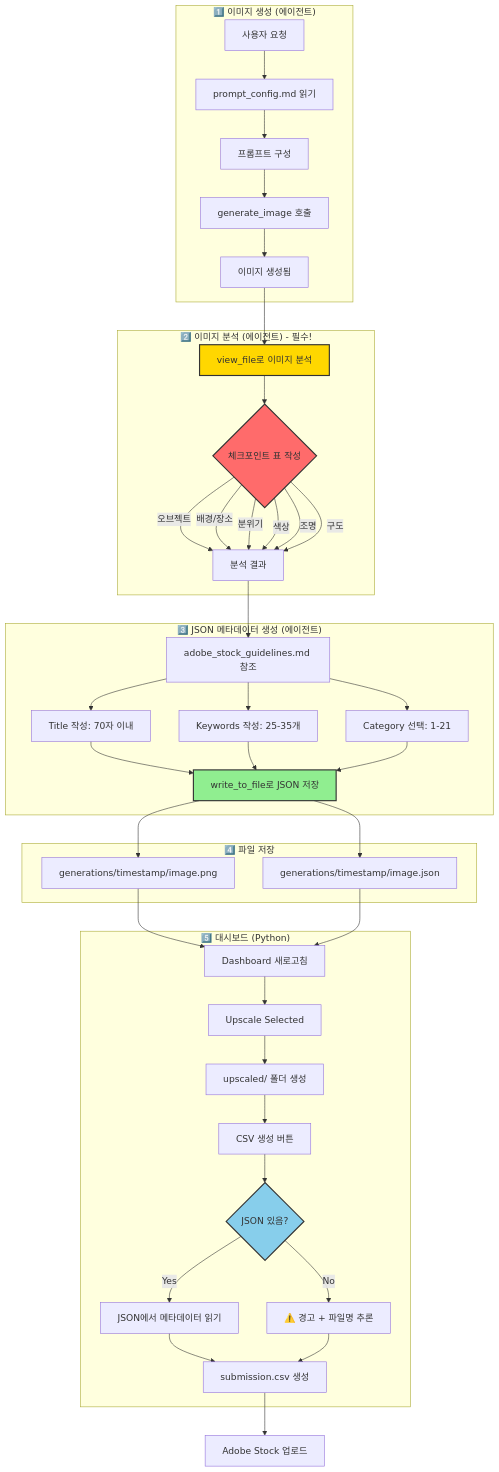
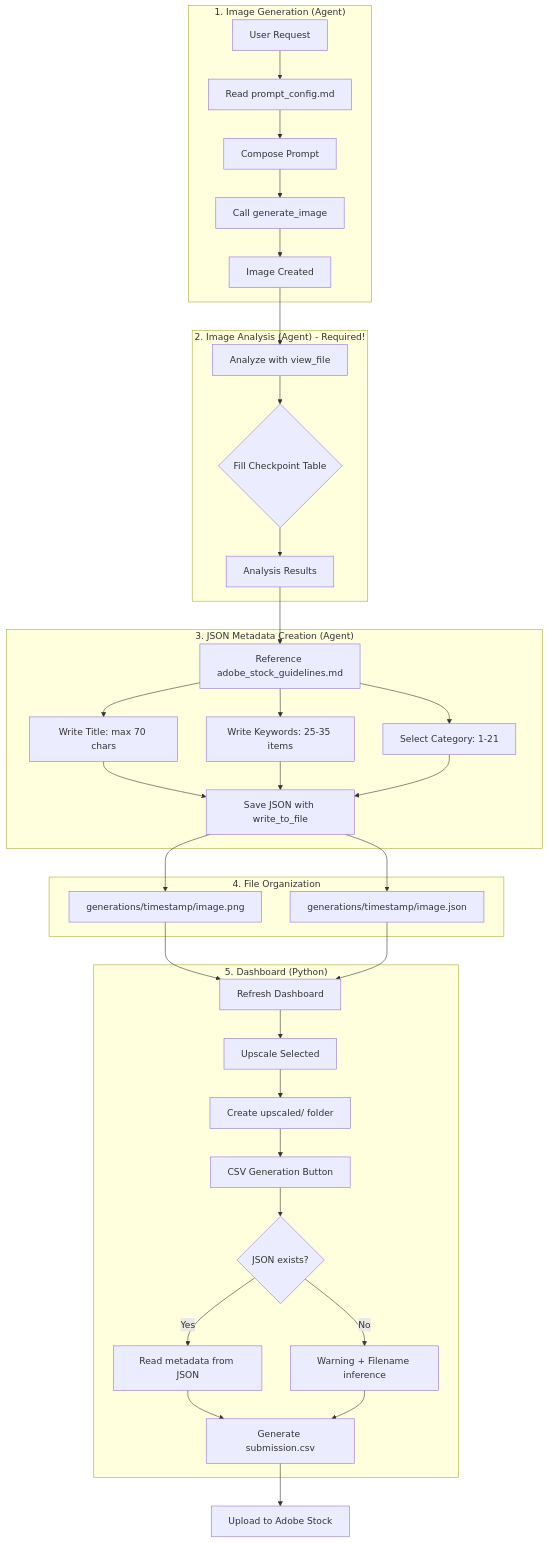
The second of 2 diagrams in README.md (UeberUeber/adobe-stock-generator), drawn with Mermaid before and after one commit. The commit also changed other lines of this file, not shown here.

First line of the commit message:
docs: Convert entire README to English, fix diagrams to TD layout

````diff
--- a/README.md
+++ b/README.md
@@ -312,51 +309,41 @@
 ```mermaid
 flowchart TD
-    subgraph "1️⃣ 이미지 생성 (에이전트)"
-        A[사용자 요청] --> B[prompt_config.md 읽기]
-        B --> C[프롬프트 구성]
-        C --> D[generate_image 호출]
-        D --> E[이미지 생성됨]
+    subgraph Step1["1. Image Generation (Agent)"]
+        A[User Request] --> B[Read prompt_config.md]
+        B --> C[Compose Prompt]
+        C --> D[Call generate_image]
+        D --> E[Image Created]
     end
 
-    subgraph "2️⃣ 이미지 분석 (에이전트) - 필수!"
-        E --> F[view_file로 이미지 분석]
-        F --> G{체크포인트 표 작성}
-        G -->|오브젝트| H[분석 결과]
-        G -->|배경/장소| H
-        G -->|분위기| H
-        G -->|색상| H
-        G -->|조명| H
-        G -->|구도| H
+    subgraph Step2["2. Image Analysis (Agent) - Required!"]
+        E --> F[Analyze with view_file]
+        F --> G{Fill Checkpoint Table}
+        G --> H[Analysis Results]
     end
 
-    subgraph "3️⃣ JSON 메타데이터 생성 (에이전트)"
-        H --> I[adobe_stock_guidelines.md 참조]
-        I --> J[Title 작성: 70자 이내]
-        I --> K[Keywords 작성: 25-35개]
-        I --> L[Category 선택: 1-21]
-        J & K & L --> M[write_to_file로 JSON 저장]
+    subgraph Step3["3. JSON Metadata Creation (Agent)"]
+        H --> I[Reference adobe_stock_guidelines.md]
+        I --> J[Write Title: max 70 chars]
+        I --> K[Write Keywords: 25-35 items]
+        I --> L[Select Category: 1-21]
+        J & K & L --> M[Save JSON with write_to_file]
     end
 
-    subgraph "4️⃣ 파일 저장"
+    subgraph Step4["4. File Organization"]
         M --> N[generations/timestamp/image.png]
         M --> O[generations/timestamp/image.json]
     end
 
-    subgraph "5️⃣ 대시보드 (Python)"
-        N & O --> P[Dashboard 새로고침]
+    subgraph Step5["5. Dashboard (Python)"]
+        N & O --> P[Refresh Dashboard]
         P --> Q[Upscale Selected]
-        Q --> R[upscaled/ 폴더 생성]
-        R --> S[CSV 생성 버튼]
-        S --> T{JSON 있음?}
-        T -->|Yes| U[JSON에서 메타데이터 읽기]
-        T -->|No| V[⚠️ 경고 + 파일명 추론]
-        U & V --> W[submission.csv 생성]
+        Q --> R[Create upscaled/ folder]
+        R --> S[CSV Generation Button]
+        S --> T{JSON exists?}
+        T -->|Yes| U[Read metadata from JSON]
+        T -->|No| V[Warning + Filename inference]
+        U & V --> W[Generate submission.csv]
     end
 
-    W --> X[Adobe Stock 업로드]
-
-    style F fill:#FFD700,stroke:#333,stroke-width:2px
-    style G fill:#FF6B6B,stroke:#333,stroke-width:2px
-    style M fill:#90EE90,stroke:#333,stroke-width:2px
-    style T fill:#87CEEB,stroke:#333,stroke-width:2px
+    W --> X[Upload to Adobe Stock]
 ```
````
